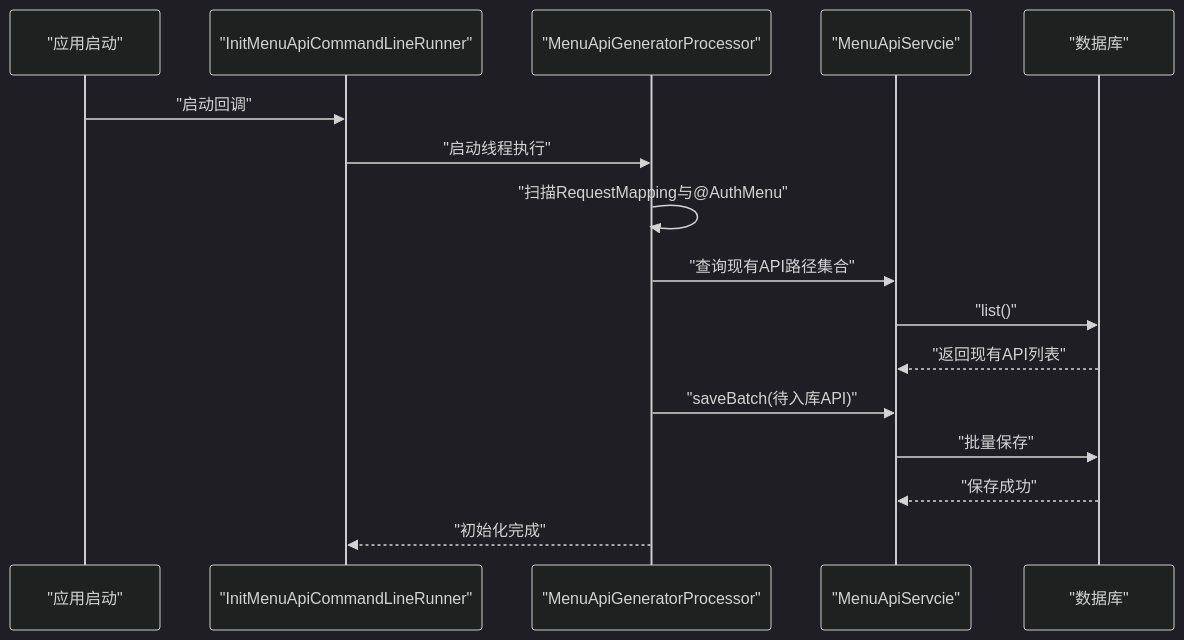
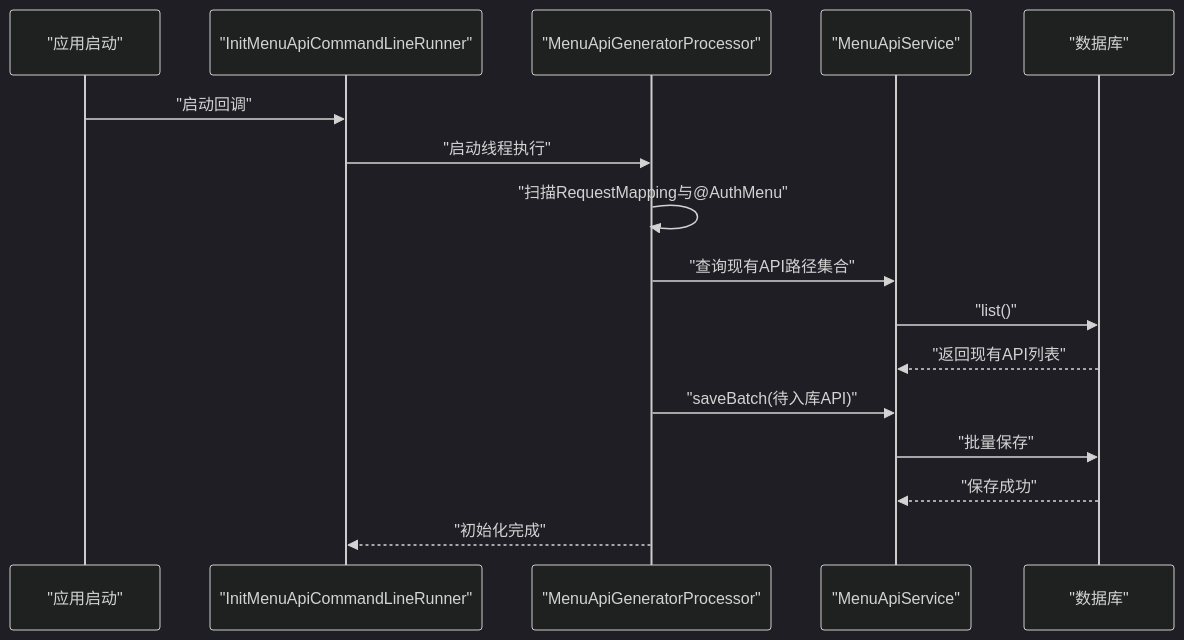
Before and after one commit to LiukewenSC/kewen-framework: the second of 10 diagrams in .qoder/repowiki/zh/content/权限系统 (qy-auth)/权限核心 (auth-core)/菜单权限控制 (MenuPermissionControl).md, drawn with Mermaid (dark theme). The commit also changed other lines of this file and 764 other files, not shown here.

````diff
--- a/.qoder/repowiki/zh/content/权限系统 (qy-auth)/权限核心 (auth-core)/菜单权限控制 (MenuPermissionControl).md
+++ b/.qoder/repowiki/zh/content/权限系统 (qy-auth)/权限核心 (auth-core)/菜单权限控制 (MenuPermissionControl).md
@@ -154,18 +154,18 @@
 ```mermaid
 sequenceDiagram
 participant Boot as "应用启动"
 participant Runner as "InitMenuApiCommandLineRunner"
 participant Processor as "MenuApiGeneratorProcessor"
-participant Service as "MenuApiServcie"
+participant Service as "MenuApiService"
 participant DB as "数据库"
 Boot->>Runner : "启动回调"
 Runner->>Processor : "启动线程执行"
 Processor->>Processor : "扫描RequestMapping与@AuthMenu"
 Processor->>Service : "查询现有API路径集合"
 Service->>DB : "list()"
 DB-->>Service : "返回现有API列表"
 Processor->>Service : "saveBatch(待入库API)"
 Service->>DB : "批量保存"
 DB-->>Service : "保存成功"
 Processor-->>Runner : "初始化完成"
 ```
````
